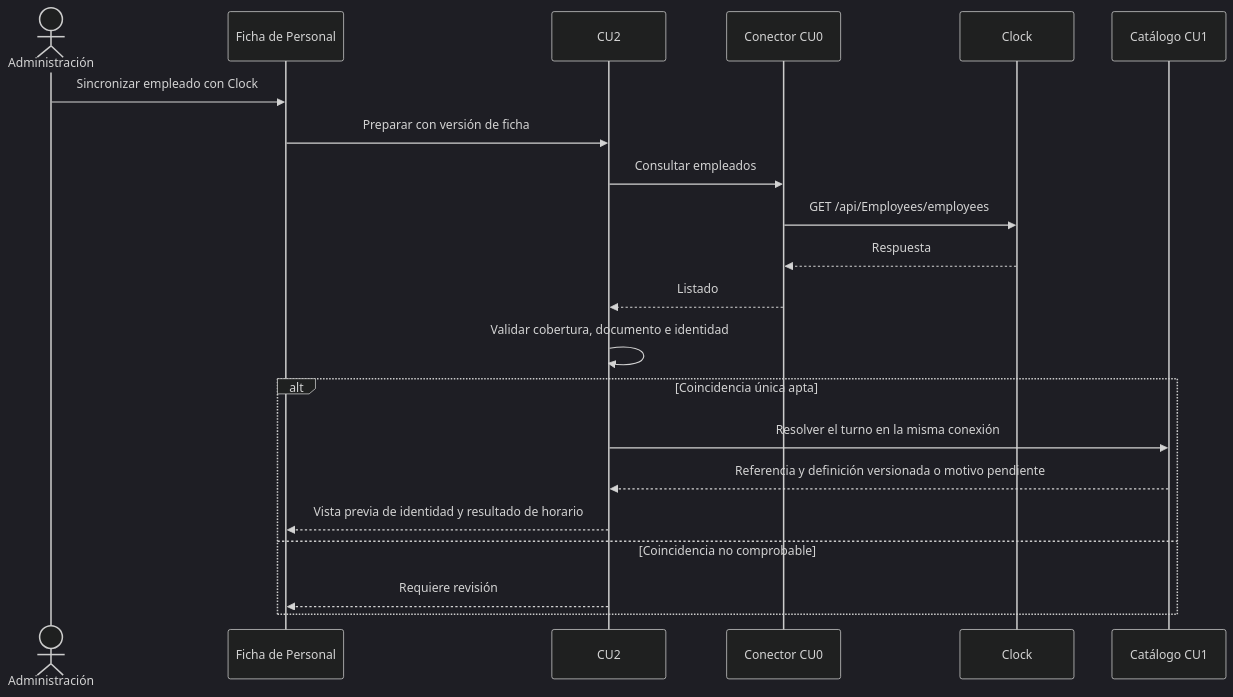
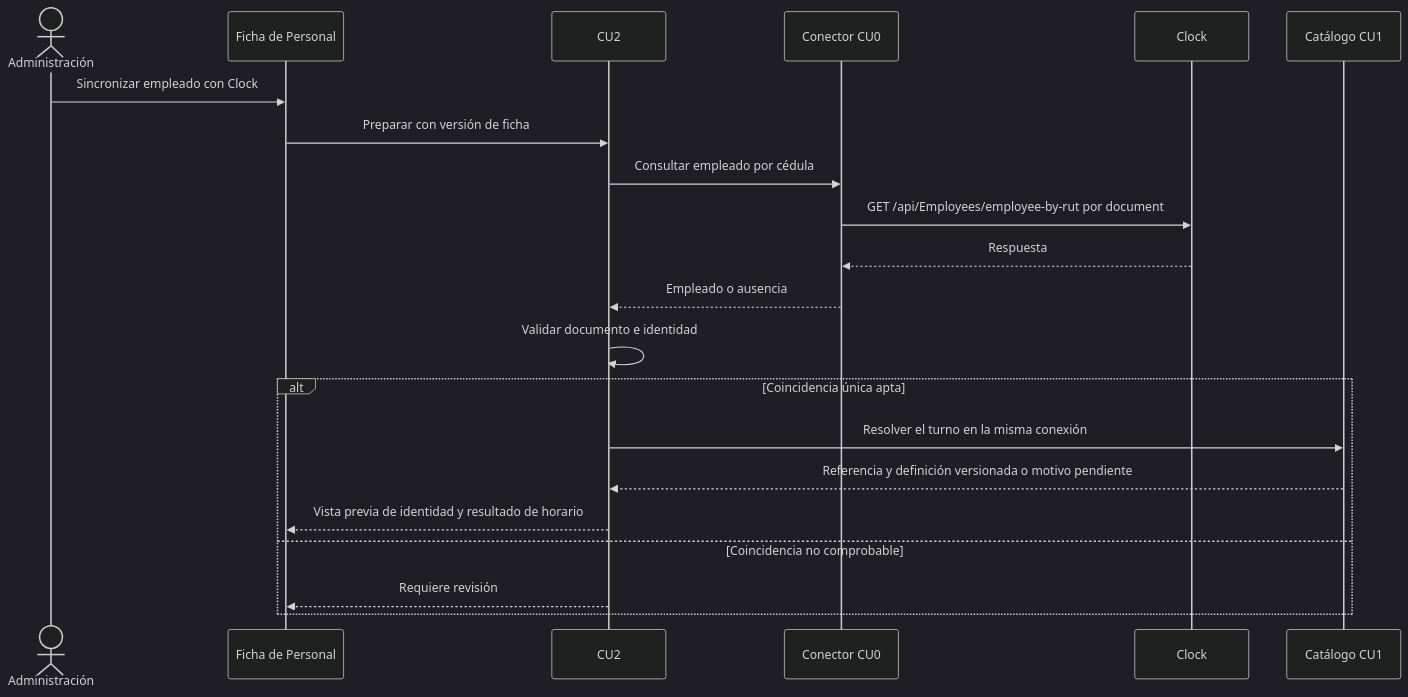
One commit to maxifarkuso/kume-admin-docs changed the first of 4 diagrams in docs/technical/softwareclock-employee-mapping.md. Above: the diagram before and after it, drawn with Mermaid (dark theme). The commit also changed other lines of this file and 7 other files, not shown here.

Commit message:
docs(clock): registrar la consulta de empleados por cédula

````diff
--- a/docs/technical/softwareclock-employee-mapping.md
+++ b/docs/technical/softwareclock-employee-mapping.md
@@ -7,23 +7,23 @@
 ```mermaid
 sequenceDiagram
     actor A as Administración
     participant UI as Ficha de Personal
     participant BE as CU2
     participant C as Conector CU0
     participant P as Clock
     participant W as Catálogo CU1
     A->>UI: Sincronizar empleado con Clock
     UI->>BE: Preparar con versión de ficha
-    BE->>C: Consultar empleados
-    C->>P: GET /api/Employees/employees
+    BE->>C: Consultar empleado por cédula
+    C->>P: GET /api/Employees/employee-by-rut por document
     P-->>C: Respuesta
-    C-->>BE: Listado
-    BE->>BE: Validar cobertura, documento e identidad
+    C-->>BE: Empleado o ausencia
+    BE->>BE: Validar documento e identidad
     alt Coincidencia única apta
         BE->>W: Resolver el turno en la misma conexión
         W-->>BE: Referencia y definición versionada o motivo pendiente
         BE-->>UI: Vista previa de identidad y resultado de horario
     else Coincidencia no comprobable
         BE-->>UI: Requiere revisión
     end
 ```
````
